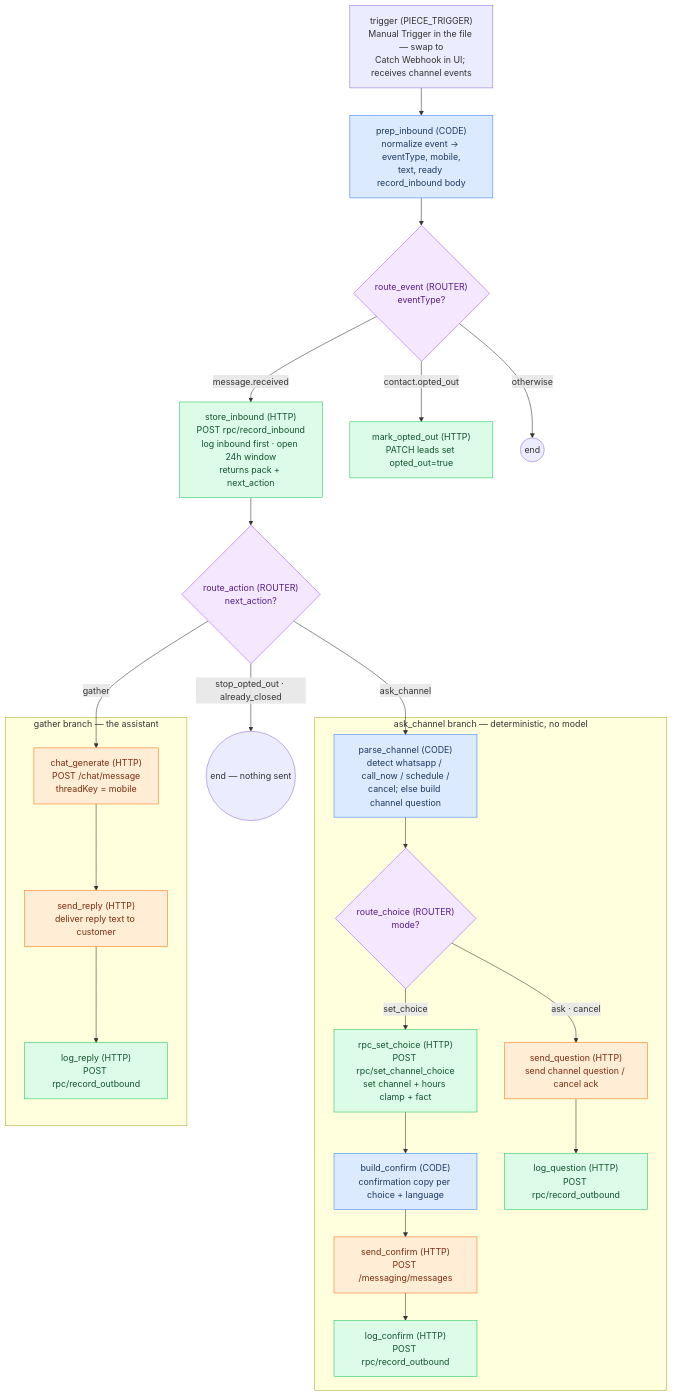
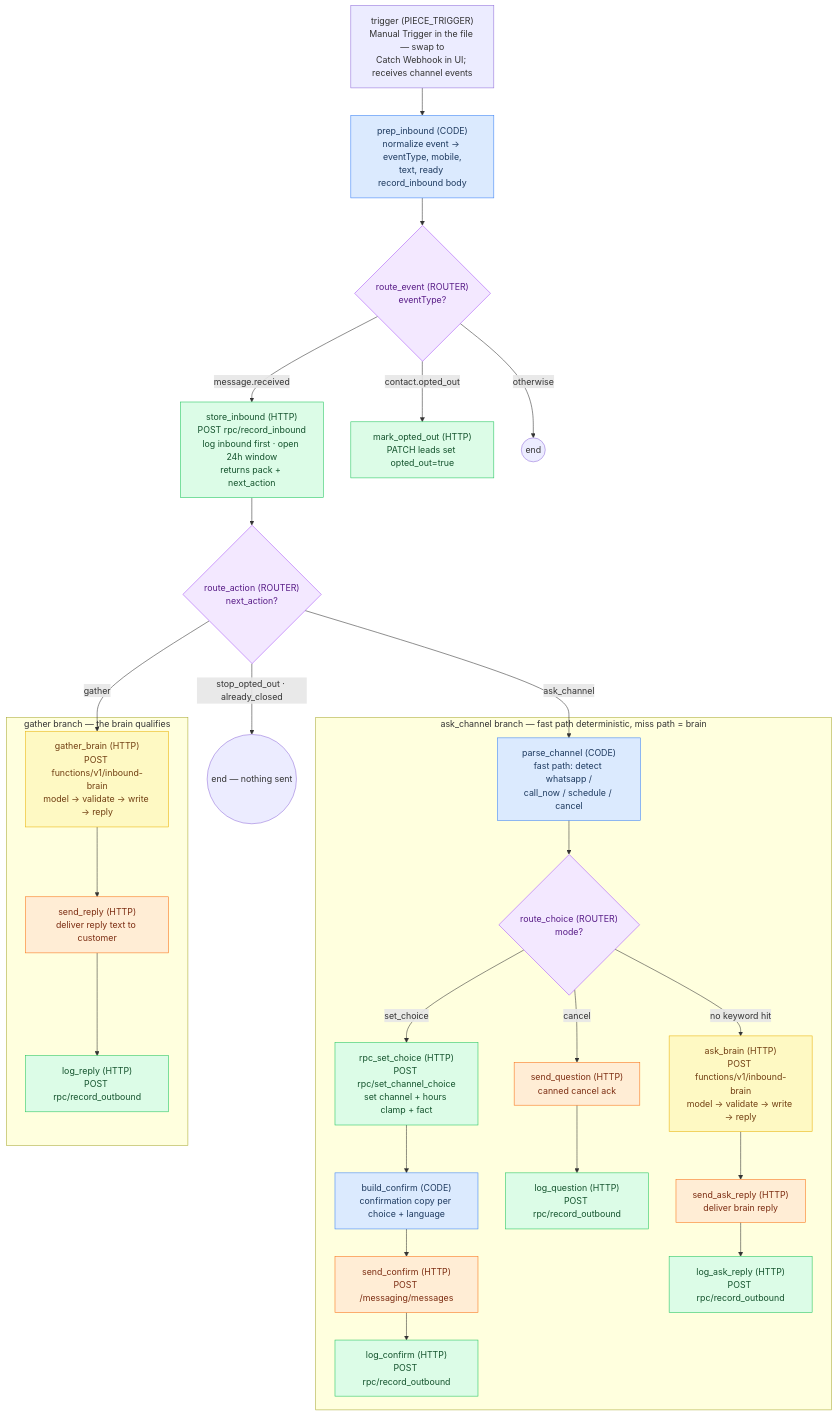
One commit to itsdula/amira changed the diagram in flows/RECIPES.md. Above: the diagram before and after it, drawn with Mermaid. The commit also changed other lines of this file and 11 other files, not shown here.

Commit message:
inbound-brain: validated LLM actions for ask-miss and gather; deploy + flow swap

````diff
--- a/flows/RECIPES.md
+++ b/flows/RECIPES.md
@@ -24,67 +24,75 @@
 ```mermaid
 flowchart TD
   %% trigger — imported as Manual Trigger (import rule), swapped to Catch Webhook in the UI.
   %% After the swap it receives every event the WhatsApp channel posts to its webhookUrl.
   trigger["trigger (PIECE_TRIGGER)<br/>Manual Trigger in the file — swap to<br/>Catch Webhook in UI; receives channel events"]
 
   %% prep_inbound — the ONLY node that reads the trigger. Dual input evt/evtAlt covers both
   %% payload ref shapes (trigger['body'] vs trigger['output']['body']); emits normalized fields.
   prep_inbound["prep_inbound (CODE)<br/>normalize event → eventType, mobile,<br/>text, ready record_inbound body"]
 
   %% route_event — deterministic switch on the platform eventType.
   route_event{"route_event (ROUTER)<br/>eventType?"}
 
   %% store_inbound — store contract: index the message BEFORE any model call.
   %% Appends messages row, opens the 24h window, returns lead pack + next_action.
   store_inbound["store_inbound (HTTP)<br/>POST rpc/record_inbound<br/>log inbound first · open 24h window<br/>returns pack + next_action"]
 
   %% route_action — branches on next_action computed by the store, not by a model.
   route_action{"route_action (ROUTER)<br/>next_action?"}
 
   %% mark_opted_out — platform said the contact opted out; mirror it in our store.
   mark_opted_out["mark_opted_out (HTTP)<br/>PATCH leads set opted_out=true"]
 
-  subgraph ask ["ask_channel branch — deterministic, no model"]
-    %% parse_channel — parses the reply for a channel choice (1/2/3, AR/EN/Arabizi keywords,
-    %% cancel words). No match → emits the canned channel question in the lead's language.
-    parse_channel["parse_channel (CODE)<br/>detect whatsapp / call_now / schedule /<br/>cancel; else build channel question"]
+  subgraph ask ["ask_channel branch — fast path deterministic, miss path = brain"]
+    %% parse_channel — fast path: channel choice via 1/2/3, AR/EN/Arabizi keywords, cancel
+    %% words. No match → the brain handles it semantically.
+    parse_channel["parse_channel (CODE)<br/>fast path: detect whatsapp /<br/>call_now / schedule / cancel"]
     route_choice{"route_choice (ROUTER)<br/>mode?"}
     %% rpc_set_choice — transactional: lead channel/status/preferred_call_at (clamped to
     %% 09:00–21:00 Riyadh), preferred_channel fact, channel step_context, system message.
     rpc_set_choice["rpc_set_choice (HTTP)<br/>POST rpc/set_channel_choice<br/>set channel + hours clamp + fact"]
     %% build_confirm — confirmation copy per choice + language; call_window from the RPC
     %% picks the outside-hours variant.
     build_confirm["build_confirm (CODE)<br/>confirmation copy per choice + language"]
     send_confirm["send_confirm (HTTP)<br/>POST /messaging/messages"]
     log_confirm["log_confirm (HTTP)<br/>POST rpc/record_outbound"]
-    send_question["send_question (HTTP)<br/>send channel question / cancel ack"]
+    send_question["send_question (HTTP)<br/>canned cancel ack"]
     log_question["log_question (HTTP)<br/>POST rpc/record_outbound"]
+    %% ask_brain — inbound-brain Edge Function: model → validate → write → reply.
+    %% Handles off-topic, essays, implied choices, opt-out intent the regex missed.
+    ask_brain["ask_brain (HTTP)<br/>POST functions/v1/inbound-brain<br/>model → validate → write → reply"]
+    send_ask_reply["send_ask_reply (HTTP)<br/>deliver brain reply"]
+    log_ask_reply["log_ask_reply (HTTP)<br/>POST rpc/record_outbound"]
   end
 
-  subgraph gather ["gather branch — the assistant"]
-    %% chat_generate — AF harness generates the reply; threadKey = mobile keeps one billed
-    %% conversation. assistantId comes from the AMIRA_CHAT_ASSISTANT_ID variable.
-    chat_generate["chat_generate (HTTP)<br/>POST /chat/message<br/>threadKey = mobile"]
+  subgraph gather ["gather branch — the brain qualifies"]
+    %% gather_brain — same Edge Function, gather mode: asks the next uncovered fact,
+    %% writes facts/step context via validated actions before replying.
+    gather_brain["gather_brain (HTTP)<br/>POST functions/v1/inbound-brain<br/>model → validate → write → reply"]
     send_reply["send_reply (HTTP)<br/>deliver reply text to customer"]
     log_reply["log_reply (HTTP)<br/>POST rpc/record_outbound"]
   end
 
   trigger --> prep_inbound --> route_event
   route_event -->|"message.received"| store_inbound --> route_action
   route_event -->|"contact.opted_out"| mark_opted_out
   route_event -->|"otherwise"| endA((end))
   route_action -->|"ask_channel"| parse_channel --> route_choice
-  route_action -->|"gather"| chat_generate --> send_reply --> log_reply
+  route_action -->|"gather"| gather_brain --> send_reply --> log_reply
   route_action -->|"stop_opted_out · already_closed"| endB((end — nothing sent))
   route_choice -->|"set_choice"| rpc_set_choice --> build_confirm --> send_confirm --> log_confirm
-  route_choice -->|"ask · cancel"| send_question --> log_question
+  route_choice -->|"cancel"| send_question --> log_question
+  route_choice -->|"no keyword hit"| ask_brain --> send_ask_reply --> log_ask_reply
 
   classDef codeN fill:#dbeafe,stroke:#3b82f6,color:#1e3a5f;
   classDef storeN fill:#dcfce7,stroke:#22c55e,color:#14532d;
   classDef sendN fill:#ffedd5,stroke:#f97316,color:#7c2d12;
   classDef routerN fill:#f3e8ff,stroke:#a855f7,color:#581c87;
+  classDef brainN fill:#fef9c3,stroke:#eab308,color:#713f12;
   class prep_inbound,parse_channel,build_confirm codeN;
-  class store_inbound,rpc_set_choice,log_confirm,log_question,log_reply,mark_opted_out storeN;
-  class send_confirm,send_question,chat_generate,send_reply sendN;
+  class store_inbound,rpc_set_choice,log_confirm,log_question,log_reply,log_ask_reply,mark_opted_out storeN;
+  class send_confirm,send_question,send_reply,send_ask_reply sendN;
   class route_event,route_action,route_choice routerN;
+  class ask_brain,gather_brain brainN;
 ```
````
